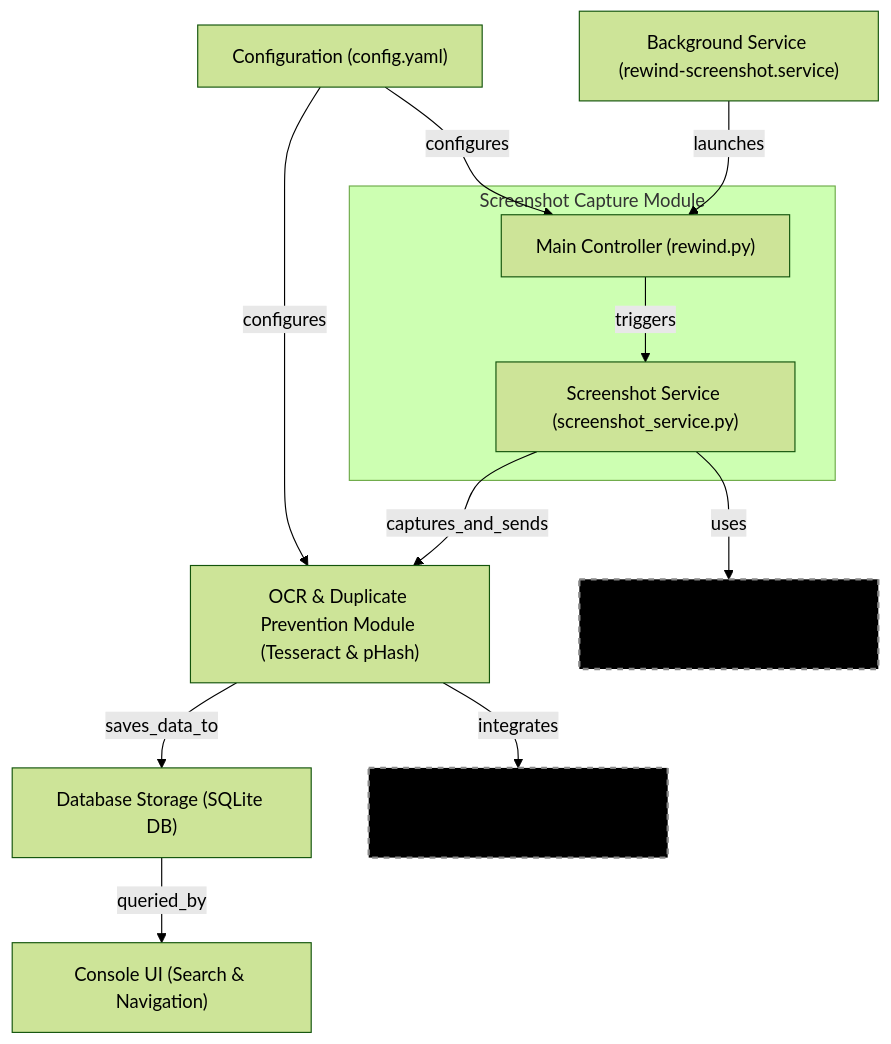
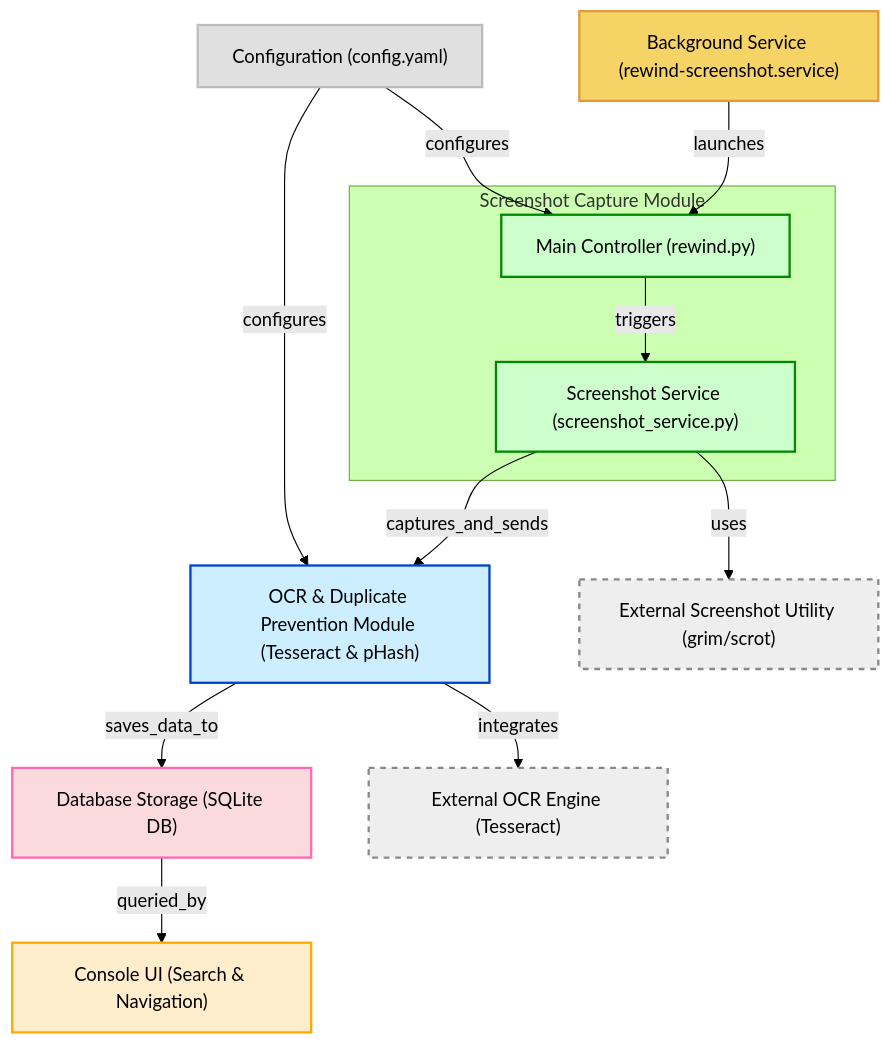
Before and after one commit to Forwall100/rewind: the diagram in README.md, drawn with Mermaid (forest theme).

````diff
--- a/README.md
+++ b/README.md
@@ -20,32 +20,38 @@
 ```mermaid
 flowchart TD
     A["Background Service (rewind-screenshot.service)"]:::service
     subgraph "Screenshot Capture Module"
         B["Main Controller (rewind.py)"]:::capture
         C["Screenshot Service (screenshot_service.py)"]:::capture
     end
     D["OCR & Duplicate Prevention Module (Tesseract & pHash)"]:::processing
     E["Database Storage (SQLite DB)"]:::database
     F["Console UI (Search & Navigation)"]:::ui
     G["Configuration (config.yaml)"]:::config
     H["External Screenshot Utility (grim/scrot)"]:::external
     I["External OCR Engine (Tesseract)"]:::external
 
     A -->|"launches"| B
     B -->|"triggers"| C
     C -->|"captures_and_sends"| D
     D -->|"saves_data_to"| E
     E -->|"queried_by"| F
     G -->|"configures"| B
     G -->|"configures"| D
     C -->|"uses"| H
     D -->|"integrates"| I
 
     click A "https://github.com/forwall100/rewind/blob/main/rewind-screenshot.service"
     click B "https://github.com/forwall100/rewind/blob/main/rewind/rewind.py"
     click C "https://github.com/forwall100/rewind/blob/main/rewind/screenshot_service.py"
     click G "https://github.com/forwall100/rewind/blob/main/config.yaml"
     click E "https://github.com/forwall100/rewind/blob/main/~/.config/rewind/screenshots.db"
 
-    classDef external fill:#000000,stroke:#888888,stroke-dasharray:5,stroke-width:2px;
+    classDef service fill:#f6d365,stroke:#e39a3b,stroke-width:2px;
+    classDef capture fill:#cfc,stroke:#080,stroke-width:2px;
+    classDef processing fill:#cceeff,stroke:#0044cc,stroke-width:2px;
+    classDef database fill:#fadadd,stroke:#ff69b4,stroke-width:2px;
+    classDef ui fill:#ffedcc,stroke:#ffaa00,stroke-width:2px;
+    classDef config fill:#e0e0e0,stroke:#bbbbbb,stroke-width:2px;
+    classDef external fill:#eeeeee,stroke:#888888,stroke-dasharray:5,stroke-width:2px;
 ```
````
